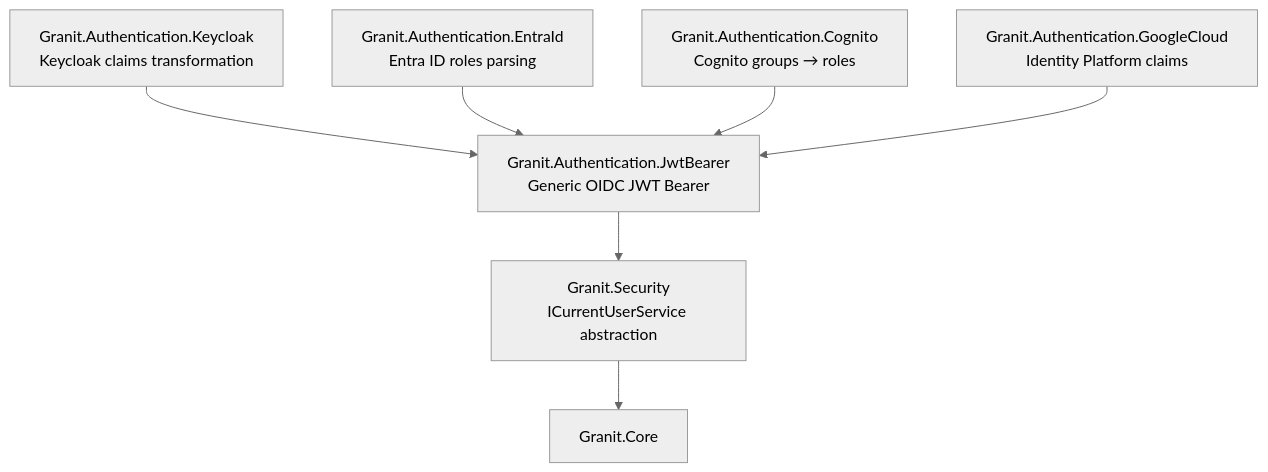
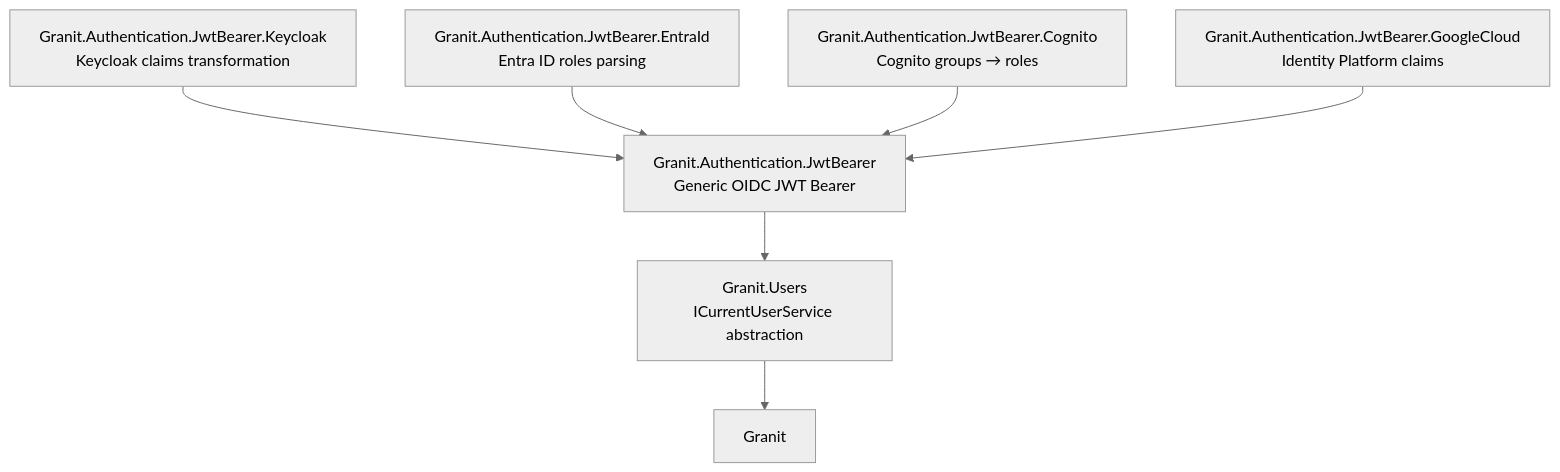
The first of 3 diagrams in docs-site/src/content/docs/dotnet/concepts/security-model.mdx (granit-fx/granit-dotnet), drawn with Mermaid (neutral theme) before and after one commit. The commit also changed other lines of this file and 153 other files, not shown here.

````diff
--- a/docs-site/src/content/docs/dotnet/concepts/security-model.mdx
+++ b/docs-site/src/content/docs/dotnet/concepts/security-model.mdx
@@ -25,9 +25,9 @@
 ```mermaid
 graph TD
-    S["Granit.Security<br/>ICurrentUserService abstraction"] --> C[Granit.Core]
+    S["Granit.Users<br/>ICurrentUserService abstraction"] --> C[Granit]
     JWT["Granit.Authentication.JwtBearer<br/>Generic OIDC JWT Bearer"] --> S
-    KC["Granit.Authentication.Keycloak<br/>Keycloak claims transformation"] --> JWT
-    EID["Granit.Authentication.EntraId<br/>Entra ID roles parsing"] --> JWT
-    CG["Granit.Authentication.Cognito<br/>Cognito groups → roles"] --> JWT
-    GC["Granit.Authentication.GoogleCloud<br/>Identity Platform claims"] --> JWT
+    KC["Granit.Authentication.JwtBearer.Keycloak<br/>Keycloak claims transformation"] --> JWT
+    EID["Granit.Authentication.JwtBearer.EntraId<br/>Entra ID roles parsing"] --> JWT
+    CG["Granit.Authentication.JwtBearer.Cognito<br/>Cognito groups → roles"] --> JWT
+    GC["Granit.Authentication.JwtBearer.GoogleCloud<br/>Identity Platform claims"] --> JWT
 ```
````
